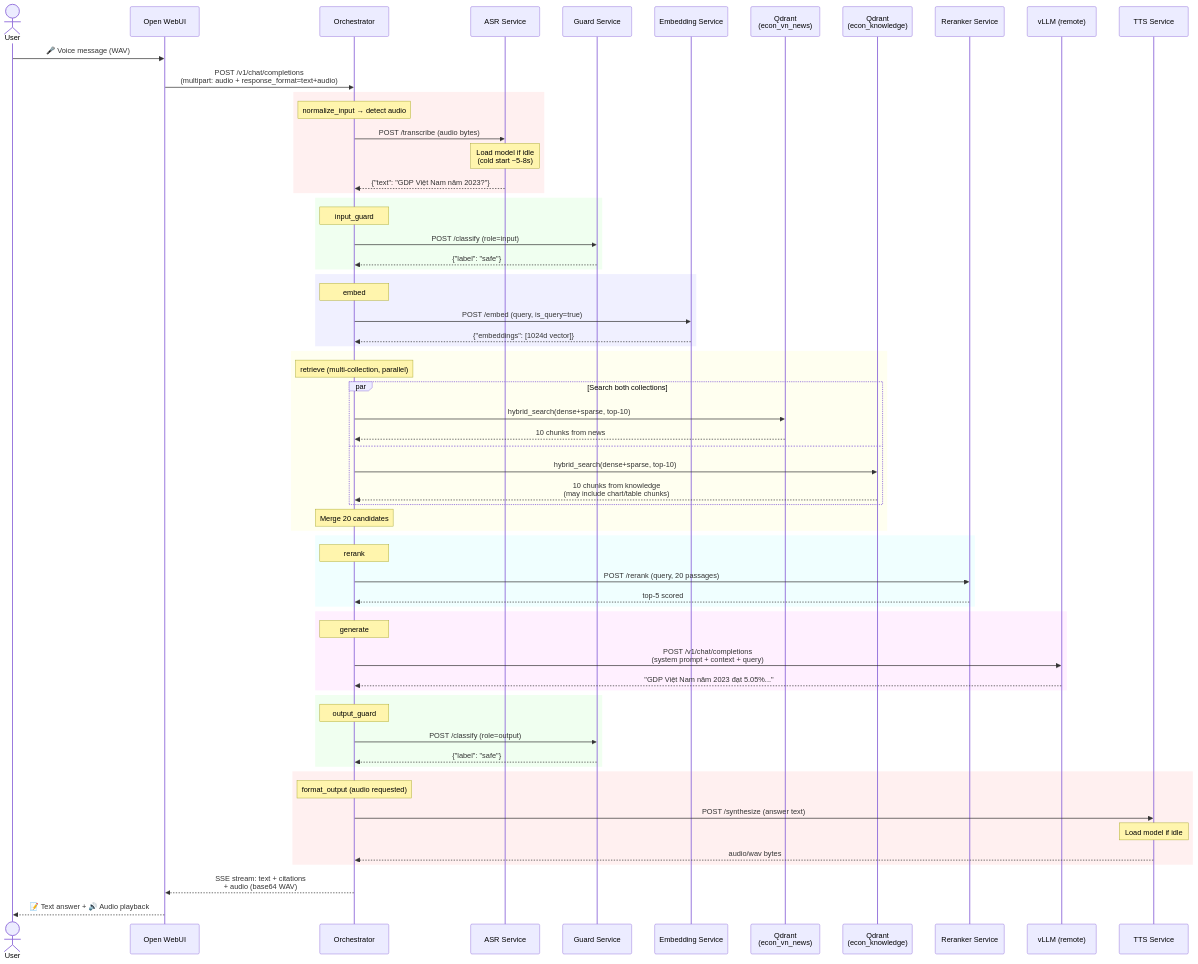
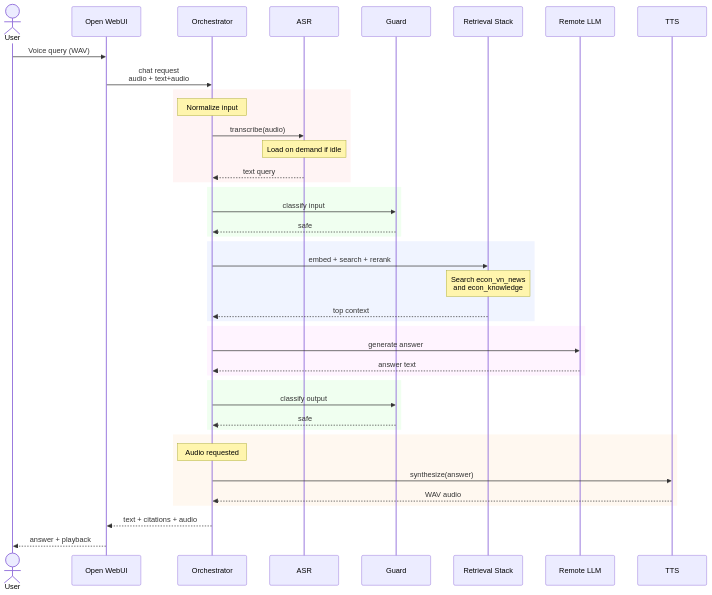
Before and after one commit to minhquana1906/Multimodal-Economic-RAG-Assistant: the diagram in docs/diagrams/16_multimodal_sequence_diagram.mmd, drawn with Mermaid. The commit also changed 11 other files, not shown here.

Commit message:
docs(diagrams): refresh multimodal architecture artifacts

```diff
--- a/docs/diagrams/16_multimodal_sequence_diagram.mmd
+++ b/docs/diagrams/16_multimodal_sequence_diagram.mmd
@@ -1,74 +1,49 @@
 sequenceDiagram
-    actor User
-    participant WebUI as Open WebUI
-    participant Orch as Orchestrator
-    participant ASR as ASR Service
-    participant Guard as Guard Service
-    participant Emb as Embedding Service
-    participant QD1 as Qdrant<br/>(econ_vn_news)
-    participant QD2 as Qdrant<br/>(econ_knowledge)
-    participant RR as Reranker Service
-    participant LLM as vLLM (remote)
-    participant TTS as TTS Service
+    actor U as User
+    participant UI as Open WebUI
+    participant O as Orchestrator
+    participant A as ASR
+    participant G as Guard
+    participant R as Retrieval Stack
+    participant L as Remote LLM
+    participant T as TTS
 
-    User->>WebUI: 🎤 Voice message (WAV)
-    WebUI->>Orch: POST /v1/chat/completions<br/>(multipart: audio + response_format=text+audio)
+    U->>UI: Voice query (WAV)
+    UI->>O: chat request<br/>audio + text+audio
 
-    rect rgb(255, 240, 240)
-        Note over Orch: normalize_input → detect audio
-        Orch->>ASR: POST /transcribe (audio bytes)
-        Note over ASR: Load model if idle<br/>(cold start ~5-8s)
-        ASR-->>Orch: {"text": "GDP Việt Nam năm 2023?"}
+    rect rgb(255, 244, 244)
+        Note over O: Normalize input
+        O->>A: transcribe(audio)
+        Note over A: Load on demand if idle
+        A-->>O: text query
     end
 
     rect rgb(240, 255, 240)
-        Note over Orch: input_guard
-        Orch->>Guard: POST /classify (role=input)
-        Guard-->>Orch: {"label": "safe"}
+        O->>G: classify input
+        G-->>O: safe
     end
 
-    rect rgb(240, 240, 255)
-        Note over Orch: embed
-        Orch->>Emb: POST /embed (query, is_query=true)
-        Emb-->>Orch: {"embeddings": [1024d vector]}
+    rect rgb(240, 244, 255)
+        O->>R: embed + search + rerank
+        Note over R: Search econ_vn_news<br/>and econ_knowledge
+        R-->>O: top context
     end
 
-    rect rgb(255, 255, 240)
-        Note over Orch: retrieve (multi-collection, parallel)
-        par Search both collections
-            Orch->>QD1: hybrid_search(dense+sparse, top-10)
-            QD1-->>Orch: 10 chunks from news
-        and
-            Orch->>QD2: hybrid_search(dense+sparse, top-10)
-            QD2-->>Orch: 10 chunks from knowledge<br/>(may include chart/table chunks)
-        end
-        Note over Orch: Merge 20 candidates
-    end
-
-    rect rgb(240, 255, 255)
-        Note over Orch: rerank
-        Orch->>RR: POST /rerank (query, 20 passages)
-        RR-->>Orch: top-5 scored
-    end
-
-    rect rgb(255, 240, 255)
-        Note over Orch: generate
-        Orch->>LLM: POST /v1/chat/completions<br/>(system prompt + context + query)
-        LLM-->>Orch: "GDP Việt Nam năm 2023 đạt 5.05%..."
+    rect rgb(255, 244, 255)
+        O->>L: generate answer
+        L-->>O: answer text
     end
 
     rect rgb(240, 255, 240)
-        Note over Orch: output_guard
-        Orch->>Guard: POST /classify (role=output)
-        Guard-->>Orch: {"label": "safe"}
+        O->>G: classify output
+        G-->>O: safe
     end
 
-    rect rgb(255, 240, 240)
-        Note over Orch: format_output (audio requested)
-        Orch->>TTS: POST /synthesize (answer text)
-        Note over TTS: Load model if idle
-        TTS-->>Orch: audio/wav bytes
+    rect rgb(255, 248, 240)
+        Note over O: Audio requested
+        O->>T: synthesize(answer)
+        T-->>O: WAV audio
     end
 
-    Orch-->>WebUI: SSE stream: text + citations<br/>+ audio (base64 WAV)
-    WebUI-->>User: 📝 Text answer + 🔊 Audio playback
+    O-->>UI: text + citations + audio
+    UI-->>U: answer + playback
```
